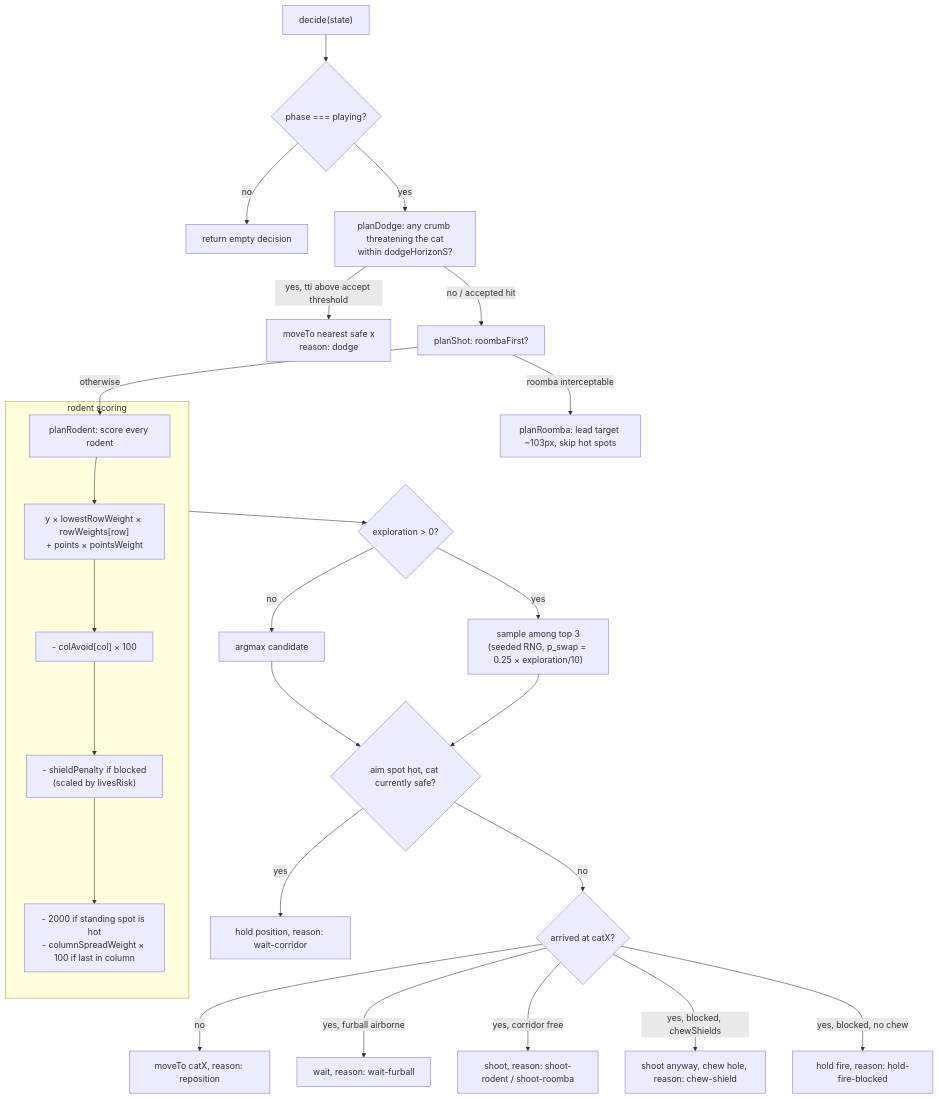
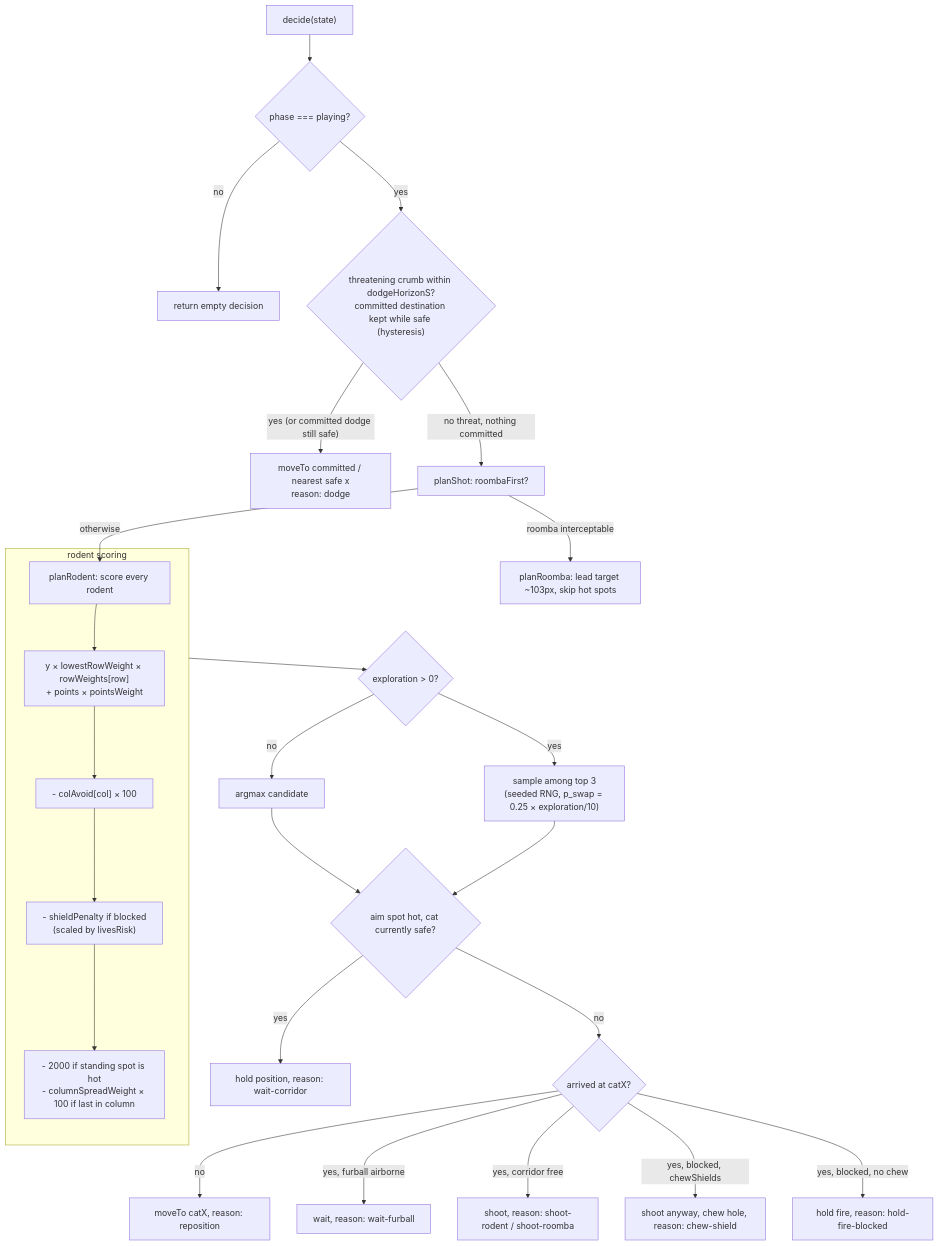
One commit to tq-bit/verminvaders changed the second of 4 diagrams in DEVELOPMENT.md. Above: the diagram before and after it, drawn with Mermaid. The commit also changed other lines of this file and 16 other files, not shown here.

````diff
--- a/DEVELOPMENT.md
+++ b/DEVELOPMENT.md
@@ -95,31 +96,31 @@
 ```mermaid
 flowchart TD
     A["decide(state)"] --> P{"phase === playing?"}
     P -- "no" --> Z1["return empty decision"]
-    P -- "yes" --> D["planDodge: any crumb threatening the cat<br/>within dodgeHorizonS?"]
-    D -- "yes, tti above accept threshold" --> Z2["moveTo nearest safe x<br/>reason: dodge"]
-    D -- "no / accepted hit" --> R["planShot: roombaFirst?"]
+    P -- "yes" --> D{"threatening crumb within dodgeHorizonS?<br/>committed destination kept while safe (hysteresis)"}
+    D -- "yes (or committed dodge still safe)" --> Z2["moveTo committed / nearest safe x<br/>reason: dodge"]
+    D -- "no threat, nothing committed" --> R["planShot: roombaFirst?"]
     R -- "roomba interceptable" --> S["planRoomba: lead target ~103px, skip hot spots"]
     R -- "otherwise" --> G["planRodent: score every rodent"]
 
     subgraph scoring ["rodent scoring"]
         G --> G1["y × lowestRowWeight × rowWeights[row]<br/>+ points × pointsWeight"]
         G1 --> G2["- colAvoid[col] × 100"]
         G2 --> G3["- shieldPenalty if blocked<br/>(scaled by livesRisk)"]
         G3 --> G4["- 2000 if standing spot is hot<br/>- columnSpreadWeight × 100 if last in column"]
     end
 
     scoring --> K{"exploration > 0?"}
     K -- "no" --> B1["argmax candidate"]
     K -- "yes" --> B2["sample among top 3<br/>(seeded RNG, p_swap = 0.25 × exploration/10)"]
 
     B1 --> H{"aim spot hot, cat currently safe?"}
     B2 --> H
     H -- "yes" --> Z3["hold position, reason: wait-corridor"]
     H -- "no" --> T{"arrived at catX?"}
     T -- "no" --> Z4["moveTo catX, reason: reposition"]
     T -- "yes, furball airborne" --> Z5["wait, reason: wait-furball"]
     T -- "yes, corridor free" --> Z6["shoot, reason: shoot-rodent / shoot-roomba"]
     T -- "yes, blocked, chewShields" --> Z7["shoot anyway, chew hole, reason: chew-shield"]
     T -- "yes, blocked, no chew" --> Z8["hold fire, reason: hold-fire-blocked"]
 ```
````
